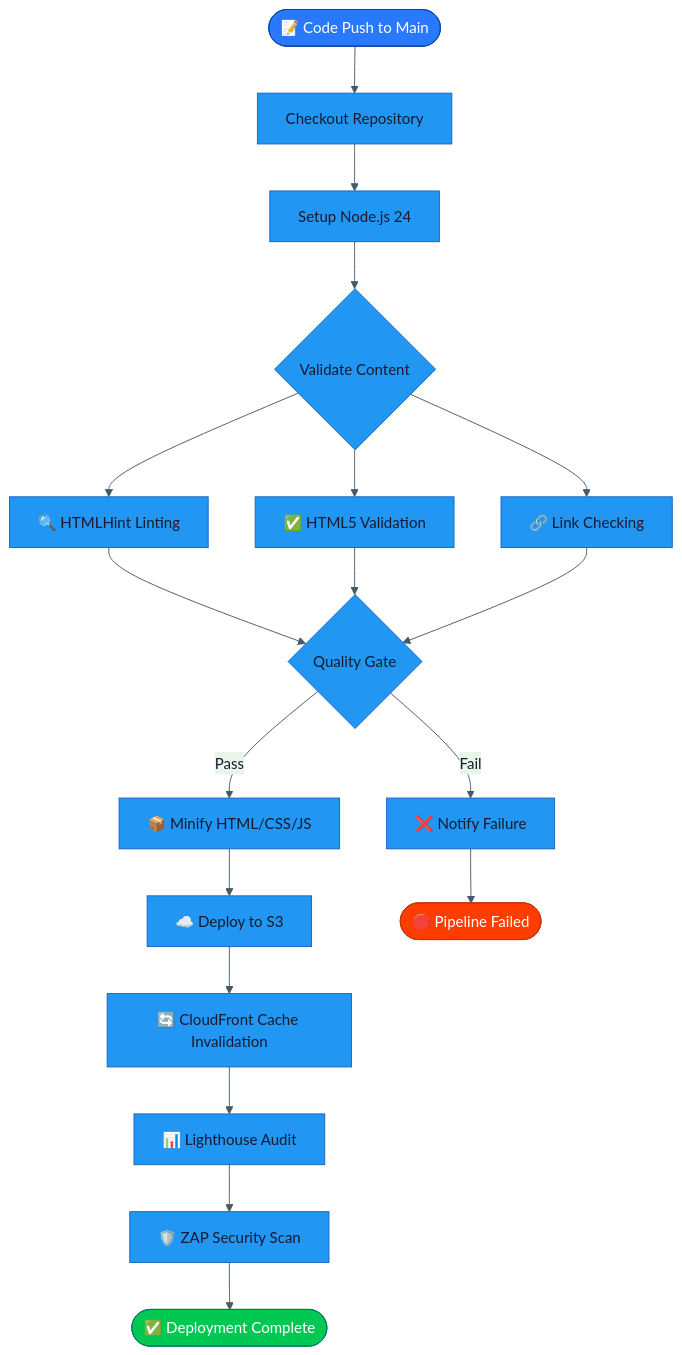
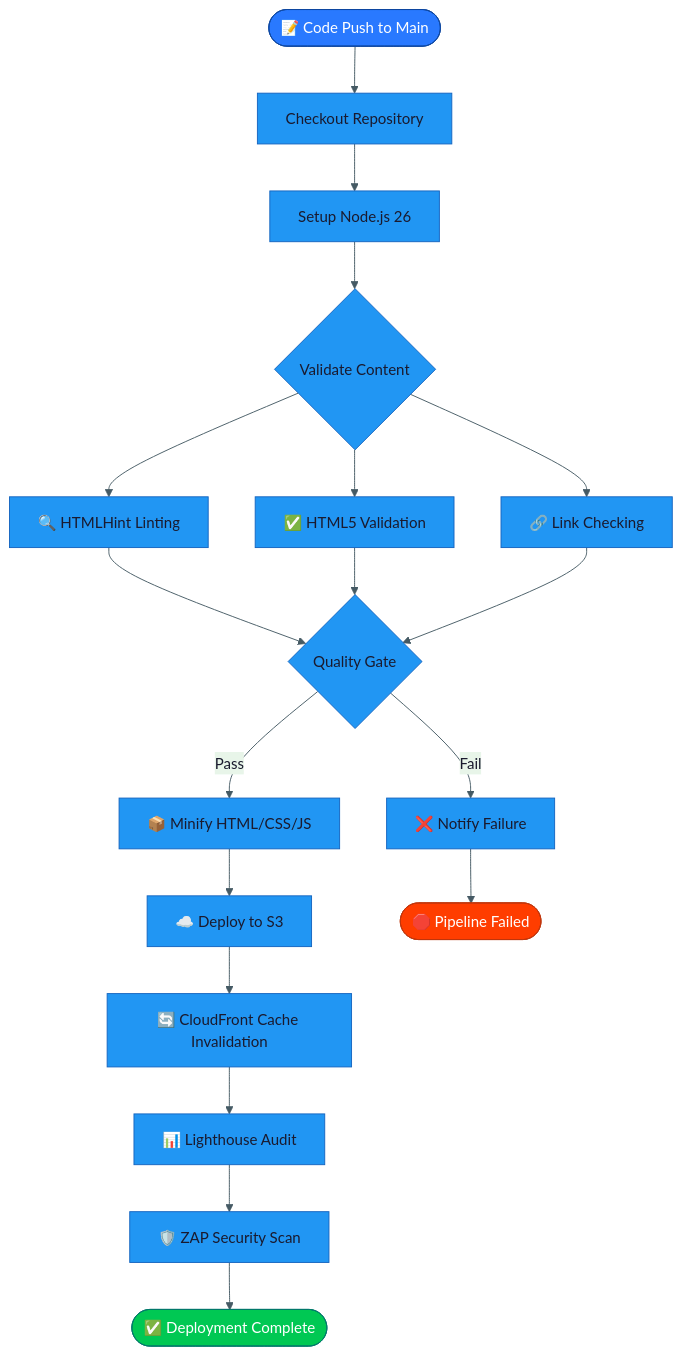
The first of 6 diagrams in FLOWCHART.md (Hack23/homepage), drawn with Mermaid before and after one commit. The commit also changed other lines of this file and 11 other files, not shown here.

````diff
--- a/FLOWCHART.md
+++ b/FLOWCHART.md
@@ -54,31 +54,31 @@
 ```mermaid
 %%{init: {"theme": "base", "themeVariables": {"primaryColor": "#2196F3", "primaryTextColor": "#1a1a2e", "lineColor": "#455A64", "secondaryColor": "#e8f5e9", "tertiaryColor": "#fff8e1", "primaryBorderColor": "#1565C0"}}}%%
 flowchart TD
     Start([📝 Code Push to Main]) --> Checkout[Checkout Repository]
-    Checkout --> Setup[Setup Node.js 24]
+    Checkout --> Setup[Setup Node.js 26]
     Setup --> Validate{Validate Content}
 
     Validate --> HTMLHint[🔍 HTMLHint Linting]
     Validate --> HTML5Val[✅ HTML5 Validation]
     Validate --> LinkCheck[🔗 Link Checking]
 
     HTMLHint --> QualityGate{Quality Gate}
     HTML5Val --> QualityGate
     LinkCheck --> QualityGate
 
     QualityGate -->|Pass| Minify[📦 Minify HTML/CSS/JS]
     QualityGate -->|Fail| FailNotify[❌ Notify Failure]
 
     Minify --> Deploy[☁️ Deploy to S3]
     Deploy --> Invalidate[🔄 CloudFront Cache Invalidation]
     Invalidate --> Lighthouse[📊 Lighthouse Audit]
 
     Lighthouse --> SecurityScan[🛡️ ZAP Security Scan]
     SecurityScan --> Complete([✅ Deployment Complete])
 
     FailNotify --> End([🛑 Pipeline Failed])
 
     style Start fill:#2979FF,stroke:#0D47A1,color:#fff
     style Complete fill:#00C853,stroke:#00796B,color:#fff
     style End fill:#FF3D00,stroke:#BF360C,color:#fff
 ```
````
